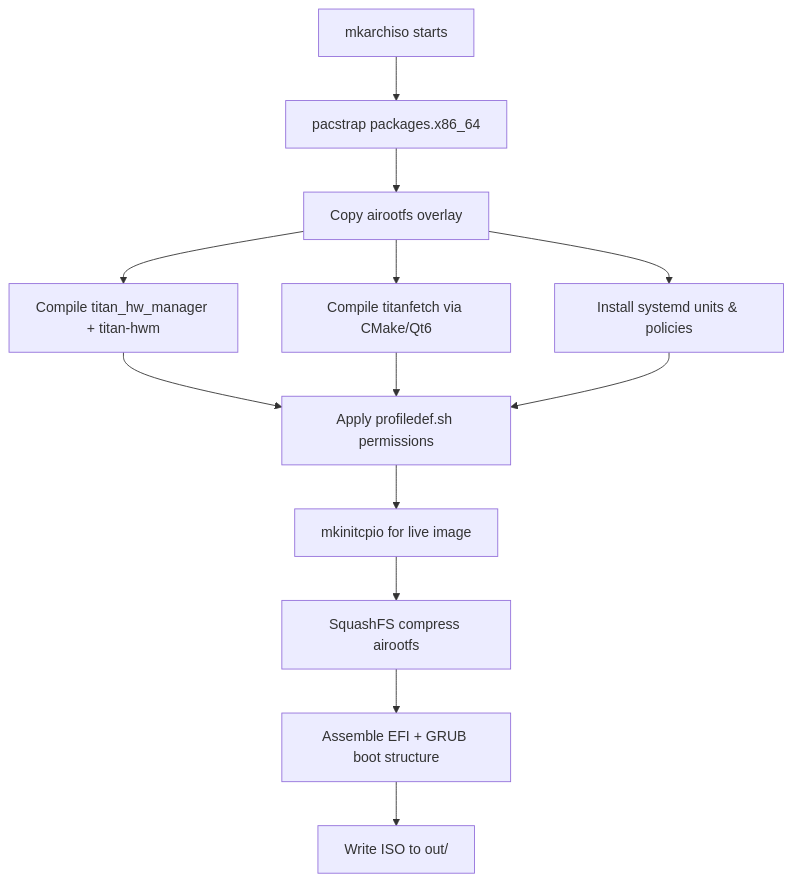
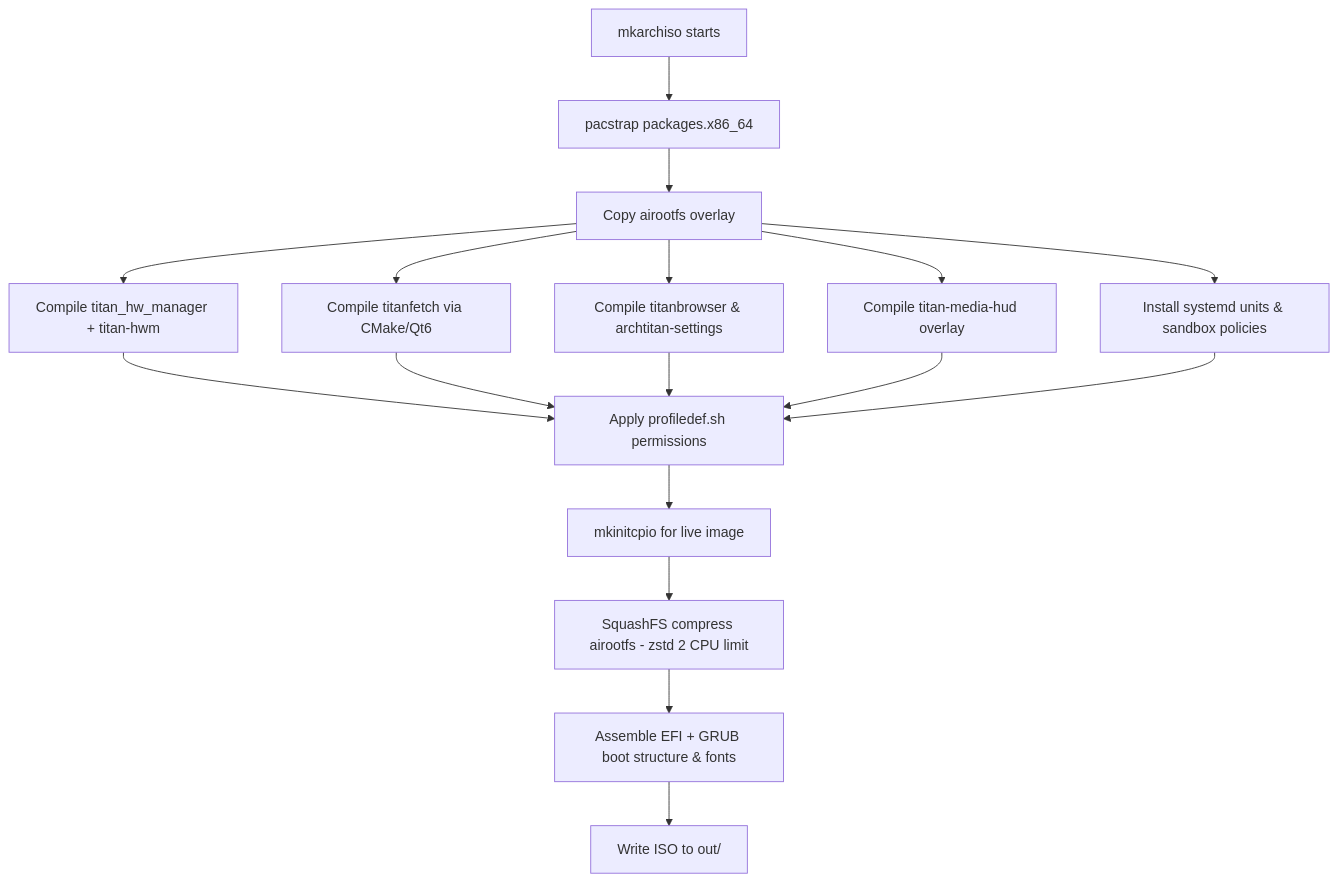
The diagram in wiki/Building-the-ISO.md (GitGuru29/archtitan-os), drawn with Mermaid before and after one commit. The commit also changed other lines of this file and 13 other files, not shown here.

Commit message:
docs(wiki): update wiki documentation with latest components and architectural details

````diff
--- a/wiki/Building-the-ISO.md
+++ b/wiki/Building-the-ISO.md
@@ -73,15 +73,19 @@
 ```mermaid
 flowchart TD
     A[mkarchiso starts] --> B[pacstrap packages.x86_64]
     B --> C[Copy airootfs overlay]
     C --> D[Compile titan_hw_manager + titan-hwm]
     C --> E[Compile titanfetch via CMake/Qt6]
-    C --> F[Install systemd units & policies]
-    D --> G[Apply profiledef.sh permissions]
-    E --> G
-    F --> G
-    G --> H[mkinitcpio for live image]
-    H --> I[SquashFS compress airootfs]
-    I --> J[Assemble EFI + GRUB boot structure]
-    J --> K[Write ISO to out/]
+    C --> F[Compile titanbrowser & archtitan-settings]
+    C --> G[Compile titan-media-hud overlay]
+    C --> H[Install systemd units & sandbox policies]
+    D --> I[Apply profiledef.sh permissions]
+    E --> I
+    F --> I
+    G --> I
+    H --> I
+    I --> J[mkinitcpio for live image]
+    J --> K[SquashFS compress airootfs - zstd 2 CPU limit]
+    K --> L[Assemble EFI + GRUB boot structure & fonts]
+    L --> M[Write ISO to out/]
 ```
````
